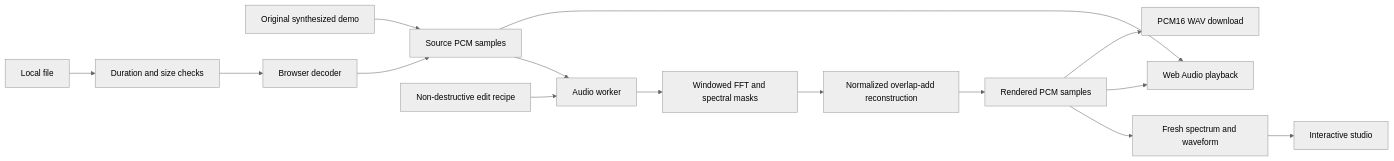
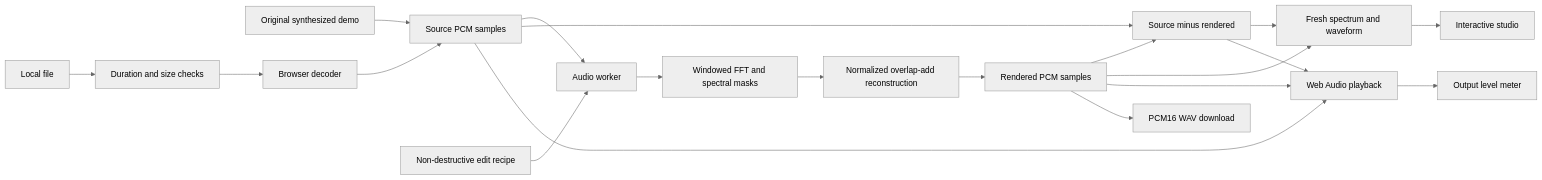
Before and after one commit to relaywright/overtone: the diagram in docs/architecture.md, drawn with Mermaid (neutral theme). The commit also changed other lines of this file and 27 other files, not shown here.

````diff
--- a/docs/architecture.md
+++ b/docs/architecture.md
@@ -5,17 +5,22 @@
 ```mermaid
 flowchart LR
   D[Original synthesized demo] --> S[Source PCM samples]
   F[Local file] --> M[Duration and size checks]
   M --> B[Browser decoder]
   B --> S
   S --> W[Audio worker]
   E[Non-destructive edit recipe] --> W
   W --> FFT[Windowed FFT and spectral masks]
   FFT --> O[Normalized overlap-add reconstruction]
   O --> R[Rendered PCM samples]
+  S --> DF[Source minus rendered]
+  R --> DF
   R --> A[Fresh spectrum and waveform]
+  DF --> A
   R --> P[Web Audio playback]
+  DF --> P
   S --> P
+  P --> L[Output level meter]
   R --> X[PCM16 WAV download]
   A --> UI[Interactive studio]
 ```
````
